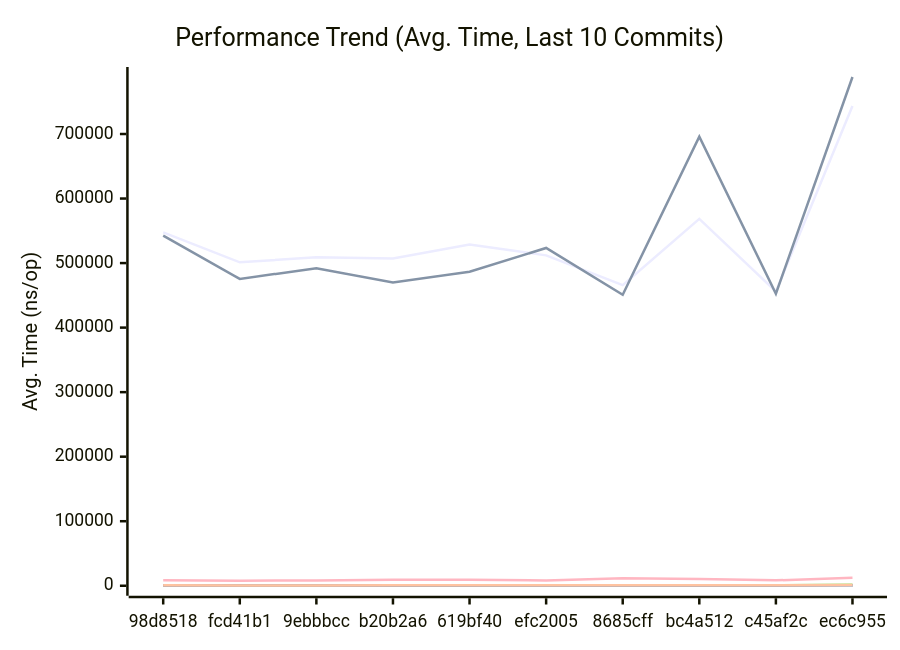
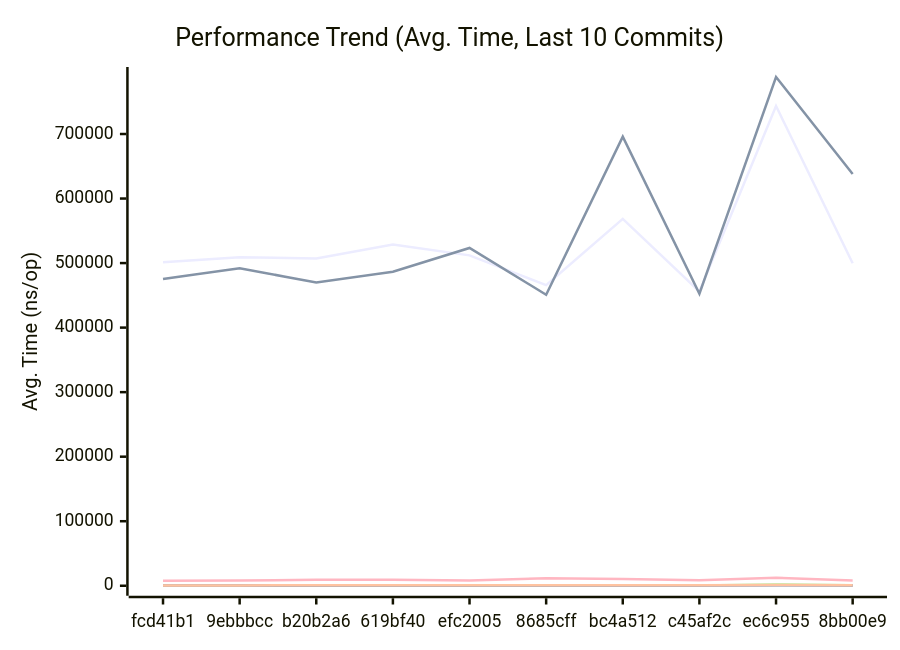
One commit to alsotoes/momo changed the first of 3 diagrams in docs/PERFORMANCE.md. Above: the diagram before and after it, drawn with Mermaid. The commit also changed other lines of this file and 3 other files, not shown here.

````diff
--- a/docs/PERFORMANCE.md
+++ b/docs/PERFORMANCE.md
@@ -145,20 +145,20 @@
 ```mermaid
 xychart-beta
     title "Performance Trend (Avg. Time, Last 10 Commits)"
     x-axis "Commit"
     y-axis "Avg. Time (ns/op)"
-    x-axis [98d8518,fcd41b1,9ebbbcc,b20b2a6,619bf40,efc2005,8685cff,bc4a512,c45af2c,ec6c955]
-    line "AWSChunkedReaderSigned" [547638,501193,509071,507099,528608,511934,465777,568519,455946,743381]
-    line "AWSChunkedReaderUnsigned" [542477,475383,492103,469747,486617,523389,450952,695863,452536,788330]
-    line "CheckMetricsAndSwap" [9,8,10,9,9,11,9,12,8,14]
-    line "CrushOptimized" [366,378,382,366,323,333,409,430,318,551]
-    line "CrushOriginal" [519,462,546,546,550,489,590,762,454,2113]
-    line "IndexDirectTracking" [0,0,0,0,0,0,0,1,0,1]
-    line "IndexSearch" [3,3,3,3,3,3,3,4,3,4]
-    line "LoadGlobalConfig" [8381,7902,8218,9180,9457,8266,11444,10501,8376,12340]
-    line "PadString" [54,44,44,50,49,47,56,70,48,81]
+    x-axis [fcd41b1,9ebbbcc,b20b2a6,619bf40,efc2005,8685cff,bc4a512,c45af2c,ec6c955,8bb00e9]
+    line "AWSChunkedReaderSigned" [501193,509071,507099,528608,511934,465777,568519,455946,743381,499698]
+    line "AWSChunkedReaderUnsigned" [475383,492103,469747,486617,523389,450952,695863,452536,788330,637971]
+    line "CheckMetricsAndSwap" [8,10,9,9,11,9,12,8,14,9]
+    line "CrushOptimized" [378,382,366,323,333,409,430,318,551,318]
+    line "CrushOriginal" [462,546,546,550,489,590,762,454,2113,682]
+    line "IndexDirectTracking" [0,0,0,0,0,0,1,0,1,0]
+    line "IndexSearch" [3,3,3,3,3,3,4,3,4,3]
+    line "LoadGlobalConfig" [7902,8218,9180,9457,8266,11444,10501,8376,12340,8029]
+    line "PadString" [44,44,50,49,47,56,70,48,81,49]
     line "ParseReplicationOrder_NoPrealloc" [350,349,357,354,345,225,229,165,232,234]
     line "ParseReplicationOrder_Prealloc" [229,231,237,234,229,108,107,80,110,109]
-    line "SanitizeLog/Safe" [468,490,508,482,560,430,509,554,446,711]
-    line "SanitizeLog/Unsafe" [677,581,581,785,678,656,684,714,605,1045]
+    line "SanitizeLog/Safe" [490,508,482,560,430,509,554,446,711,548]
+    line "SanitizeLog/Unsafe" [581,581,785,678,656,684,714,605,1045,670]
 ```
````
